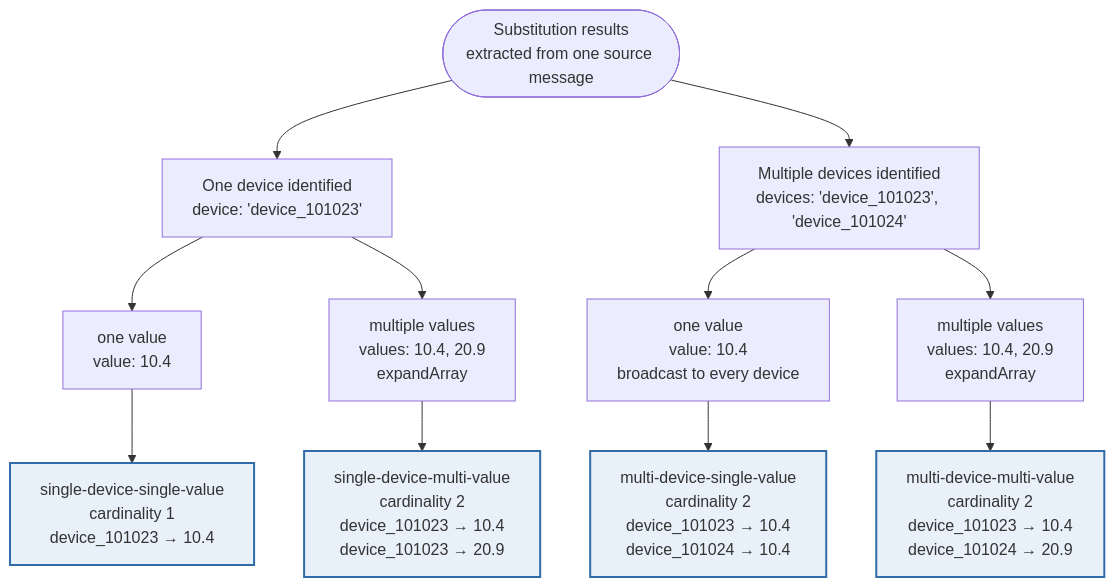
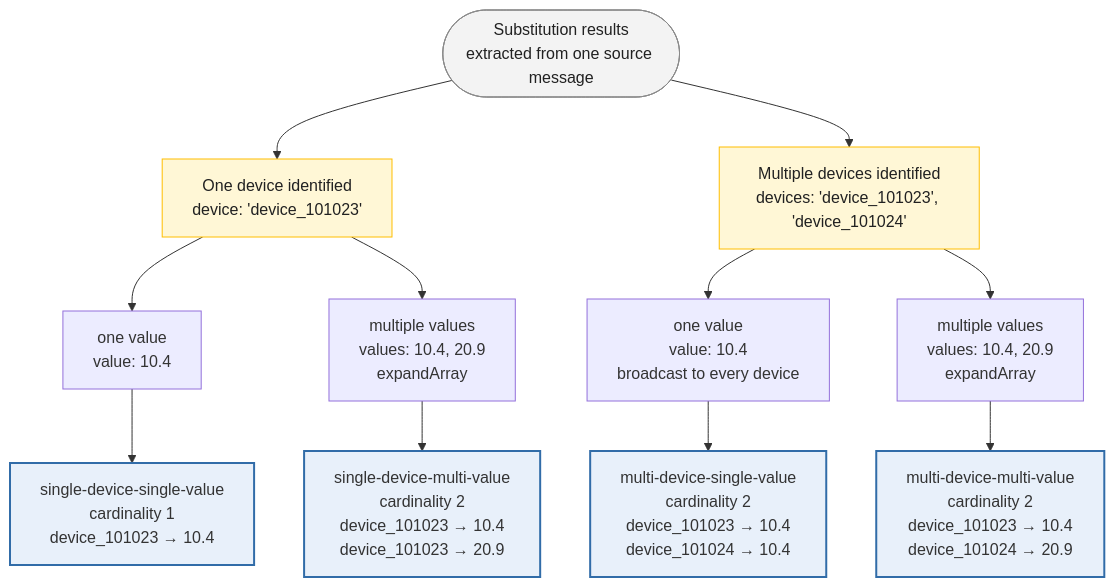
Before and after one commit to Cumulocity-IoT/cumulocity-dynamic-mapper: the diagram in dynamic-mapper-ui/public/docs/jsonata.md, drawn with Mermaid. The commit also changed 18 other files, not shown here.

Commit message:
color mermaid diagrams

````diff
--- a/dynamic-mapper-ui/public/docs/jsonata.md
+++ b/dynamic-mapper-ui/public/docs/jsonata.md
@@ -78,20 +78,25 @@
 ```mermaid
 flowchart TD
     root(["Substitution results<br/>extracted from one source message"])
 
     root --> one["One device identified<br/>device: 'device_101023'"]
     root --> many["Multiple devices identified<br/>devices: 'device_101023', 'device_101024'"]
 
     one --> oneScalar["one value<br/>value: 10.4"]
     one --> oneArray["multiple values<br/>values: 10.4, 20.9<br/>expandArray"]
     many --> manyScalar["one value<br/>value: 10.4<br/>broadcast to every device"]
     many --> manyArray["multiple values<br/>values: 10.4, 20.9<br/>expandArray"]
 
     oneScalar --> r1["single-device-single-value<br/>cardinality 1<br/>device_101023 &rarr; 10.4"]
     oneArray --> r2["single-device-multi-value<br/>cardinality 2<br/>device_101023 &rarr; 10.4<br/>device_101023 &rarr; 20.9"]
     manyScalar --> r3["multi-device-single-value<br/>cardinality 2<br/>device_101023 &rarr; 10.4<br/>device_101024 &rarr; 10.4"]
     manyArray --> r4["multi-device-multi-value<br/>cardinality 2<br/>device_101023 &rarr; 10.4<br/>device_101024 &rarr; 20.9"]
 
     classDef result fill:#e8f0fa,stroke:#316ca8,stroke-width:2px;
     class r1,r2,r3,r4 result;
+
+    classDef edge fill:#f3f3f3,stroke:#8a8a8a,color:#212121;
+    classDef core fill:#fff7d6,stroke:#FFBE00,color:#212121;
+    class root edge;
+    class one,many core;
 ```
````
